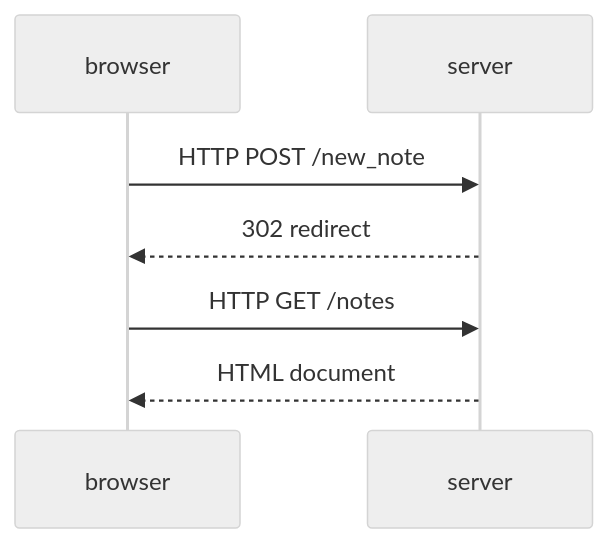
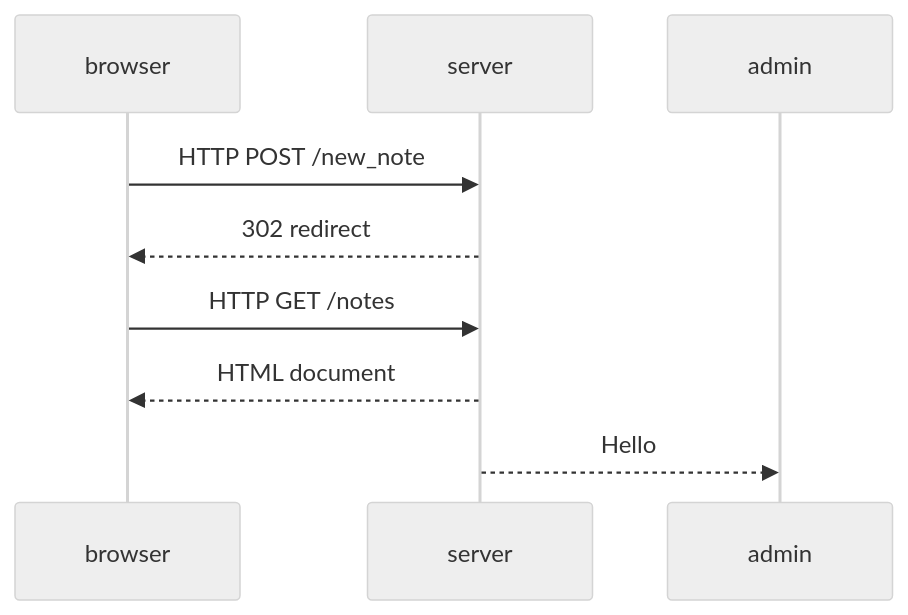
One commit to tmswalih/FullstackOpen changed the diagram in part_0/0.4.md. Above: the diagram before and after it, drawn with Mermaid (neutral theme). The commit also changed 3 other files, not shown here.

````diff
--- a/part_0/0.4.md
+++ b/part_0/0.4.md
@@ -1,11 +1,13 @@
 ```mermaid
 sequenceDiagram
 participant browser
 participant server
+participant admin
 
 
 browser ->> server: HTTP POST /new_note
 server -->> browser: 302 redirect
 browser ->> server: HTTP GET /notes
 server -->> browser: HTML document
+server -->> admin: Hello
 ```
````
